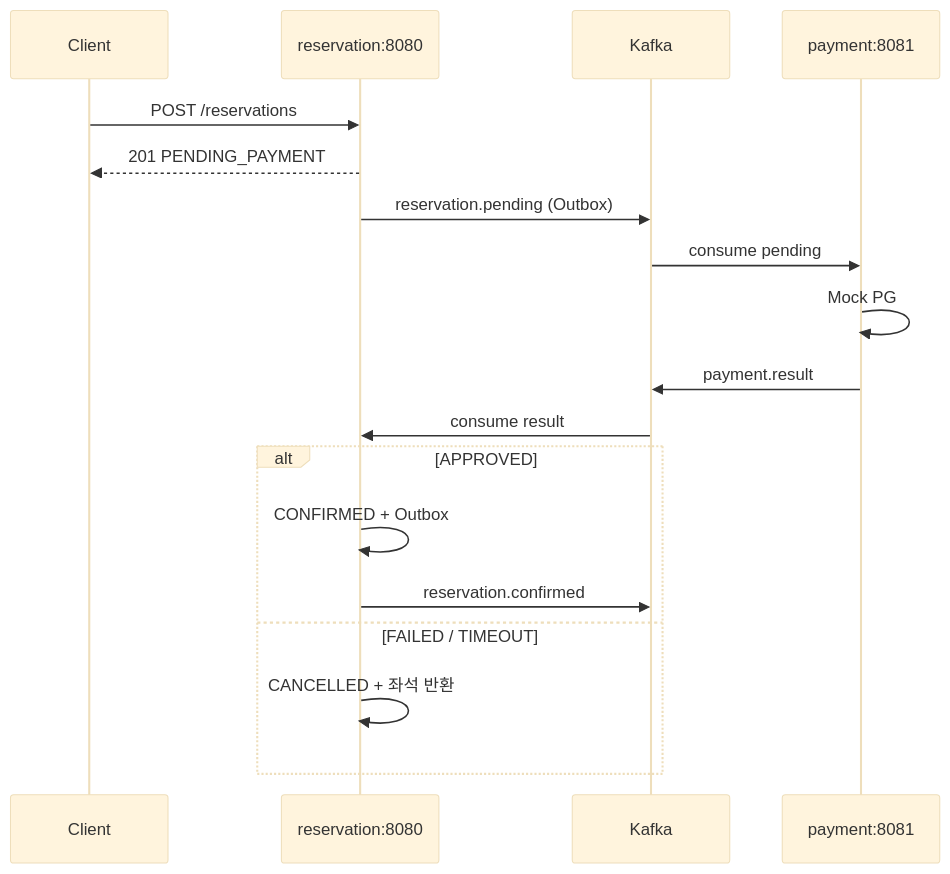
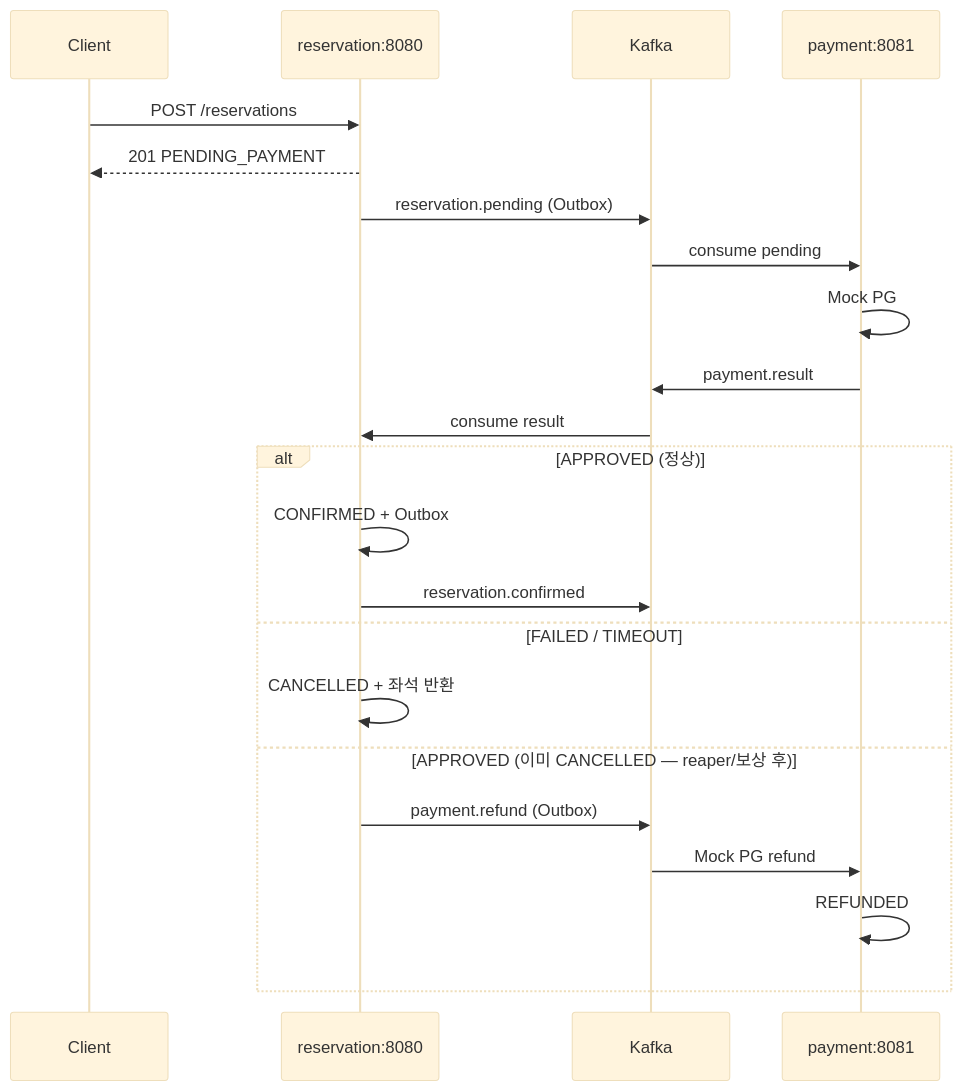
Before and after one commit to yuuki9/booking-system: the second of 2 diagrams in README.md, drawn with Mermaid (base theme). The commit also changed other lines of this file and 23 other files, not shown here.

````diff
--- a/README.md
+++ b/README.md
@@ -39,21 +39,25 @@
 ```mermaid
 sequenceDiagram
     participant C as Client
     participant R as reservation:8080
     participant K as Kafka
     participant P as payment:8081
 
     C->>R: POST /reservations
     R-->>C: 201 PENDING_PAYMENT
     R->>K: reservation.pending (Outbox)
     K->>P: consume pending
     P->>P: Mock PG
     P->>K: payment.result
     K->>R: consume result
-    alt APPROVED
+    alt APPROVED (정상)
         R->>R: CONFIRMED + Outbox
         R->>K: reservation.confirmed
     else FAILED / TIMEOUT
         R->>R: CANCELLED + 좌석 반환
+    else APPROVED (이미 CANCELLED — reaper/보상 후)
+        R->>K: payment.refund (Outbox)
+        K->>P: Mock PG refund
+        P->>P: REFUNDED
     end
 ```
````
